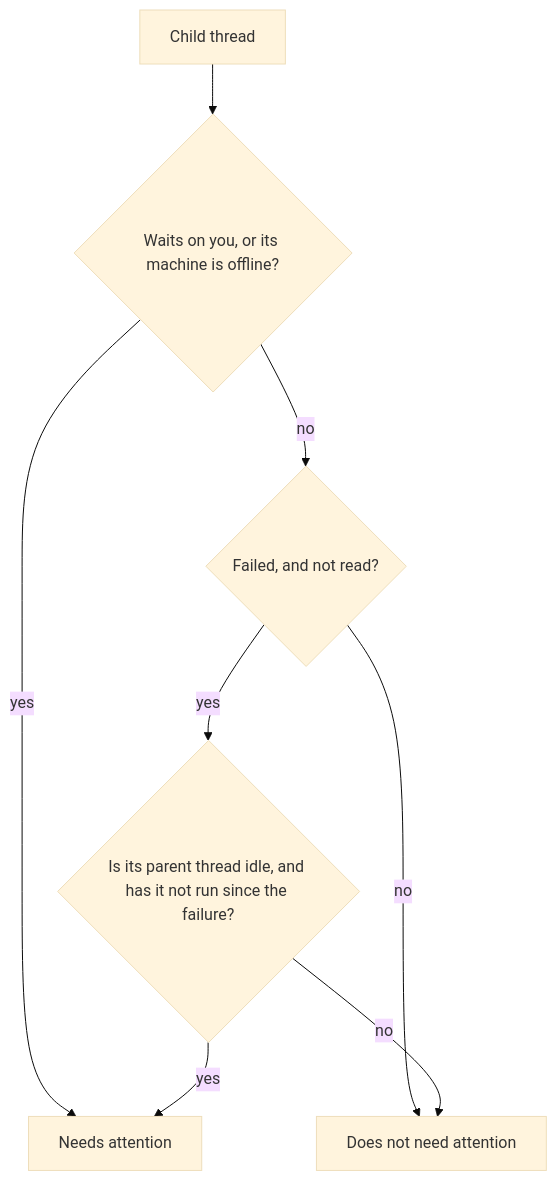
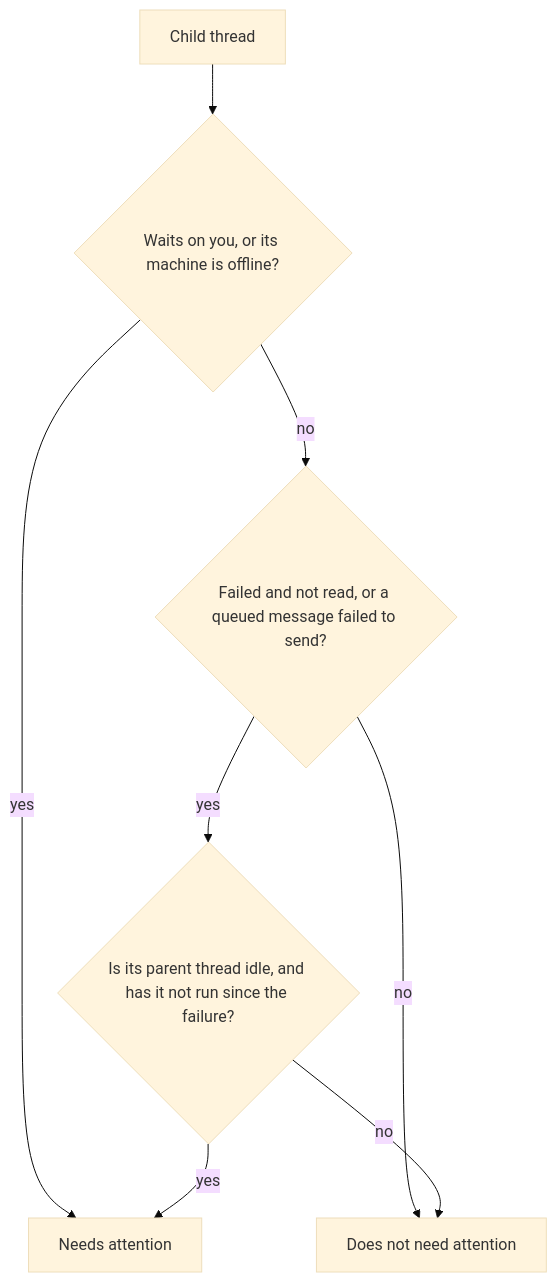
The first of 2 diagrams in docs/explanation/thread-glance-attention.md (gperezmz/bb-plugins), drawn with Mermaid (base theme) before and after one commit. The commit also changed other lines of this file and 35 other files, not shown here.

````diff
--- a/docs/explanation/thread-glance-attention.md
+++ b/docs/explanation/thread-glance-attention.md
@@ -21,10 +21,10 @@
 ```mermaid
 flowchart TD
   child["Child thread"] --> asks{"Waits on you, or its machine is offline?"}
   asks -->|yes| counts["Needs attention"]
-  asks -->|no| failed{"Failed, and not read?"}
+  asks -->|no| failed{"Failed and not read, or a queued message failed to send?"}
   failed -->|no| not["Does not need attention"]
   failed -->|yes| idle{"Is its parent thread idle, and has it not run since the failure?"}
   idle -->|yes| counts
   idle -->|no| not
 ```
````
